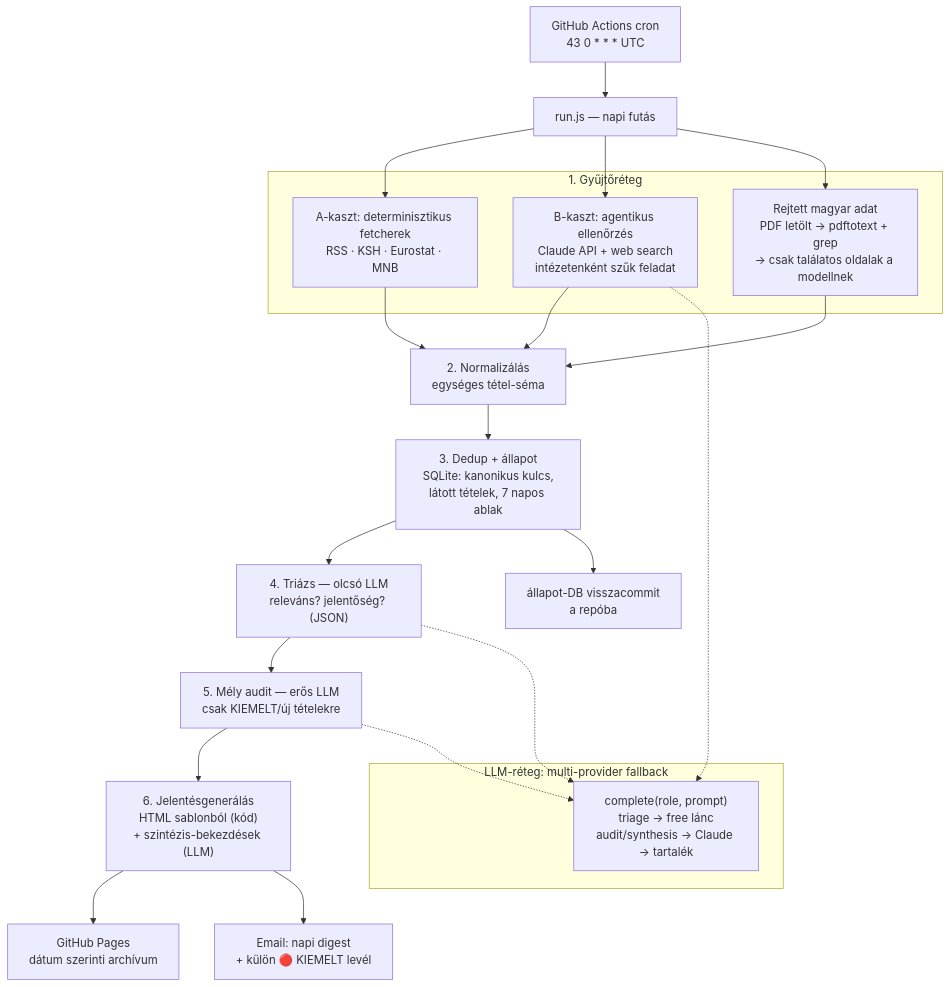
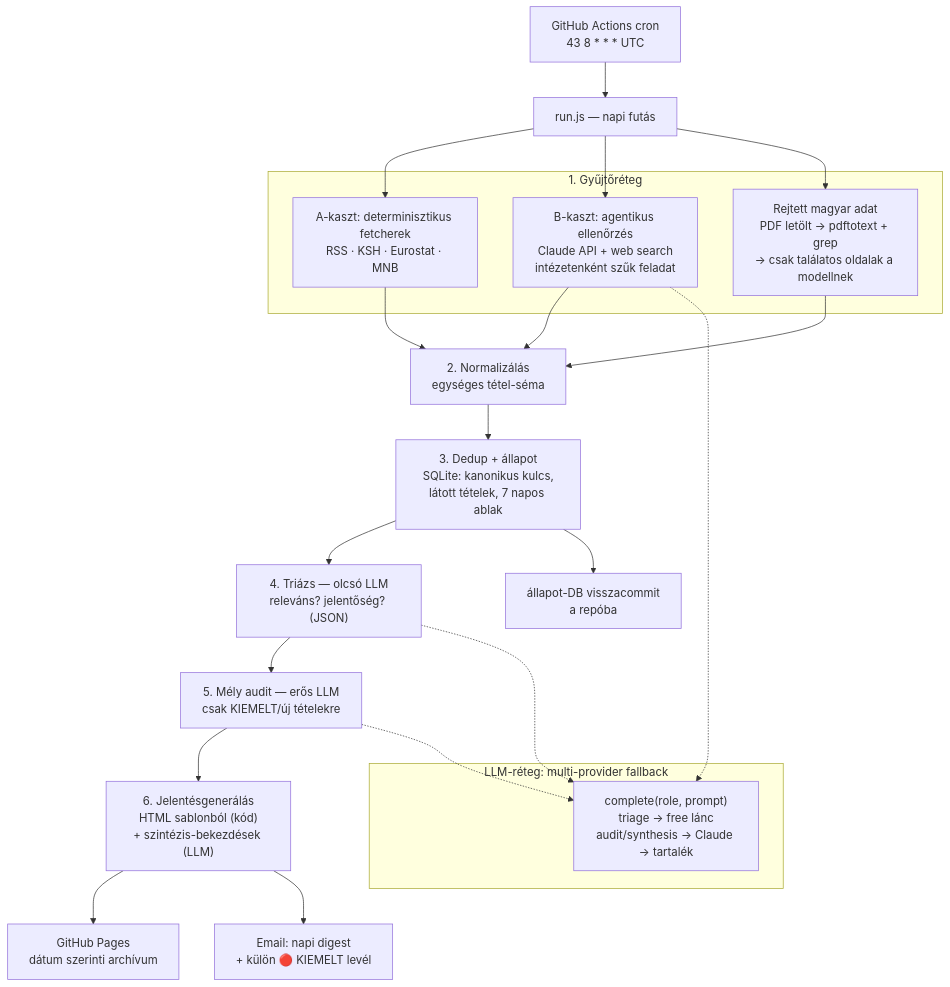
The diagram in docs/ARCHITEKTURA.md (Goszmarton/survey-monitor), drawn with Mermaid before and after one commit. The commit also changed other lines of this file and 4 other files, not shown here.

````diff
--- a/docs/ARCHITEKTURA.md
+++ b/docs/ARCHITEKTURA.md
@@ -39,35 +39,35 @@
 ```mermaid
 flowchart TD
-    CRON["GitHub Actions cron\n43 0 * * * UTC"] --> RUN[run.js — napi futás]
+    CRON["GitHub Actions cron\n43 8 * * * UTC"] --> RUN[run.js — napi futás]
 
     subgraph GYUJTES["1. Gyűjtőréteg"]
         A["A-kaszt: determinisztikus fetcherek\nRSS · KSH · Eurostat · MNB"]
         B["B-kaszt: agentikus ellenőrzés\nClaude API + web search\nintézetenként szűk feladat"]
         C["Rejtett magyar adat\nPDF letölt → pdftotext + grep\n→ csak találatos oldalak a modellnek"]
     end
 
     RUN --> A
     RUN --> B
     RUN --> C
 
     A --> NORM["2. Normalizálás\negységes tétel-séma"]
     B --> NORM
     C --> NORM
 
     NORM --> DEDUP["3. Dedup + állapot\nSQLite: kanonikus kulcs,\nlátott tételek, 7 napos ablak"]
     DEDUP --> TRIAGE["4. Triázs — olcsó LLM\nreleváns? jelentőség? (JSON)"]
     TRIAGE --> AUDIT["5. Mély audit — erős LLM\ncsak KIEMELT/új tételekre"]
     AUDIT --> REPORT["6. Jelentésgenerálás\nHTML sablonból (kód)\n+ szintézis-bekezdések (LLM)"]
 
     REPORT --> PAGES["GitHub Pages\ndátum szerinti archívum"]
     REPORT --> MAIL["Email: napi digest\n+ külön 🔴 KIEMELT levél"]
     DEDUP --> COMMIT["állapot-DB visszacommit\na repóba"]
 
     subgraph LLMLAYER["LLM-réteg: multi-provider fallback"]
         P["complete(role, prompt)\ntriage → free lánc\naudit/synthesis → Claude → tartalék"]
     end
 
     TRIAGE -.-> P
     AUDIT -.-> P
     B -.-> P
 ```
````
